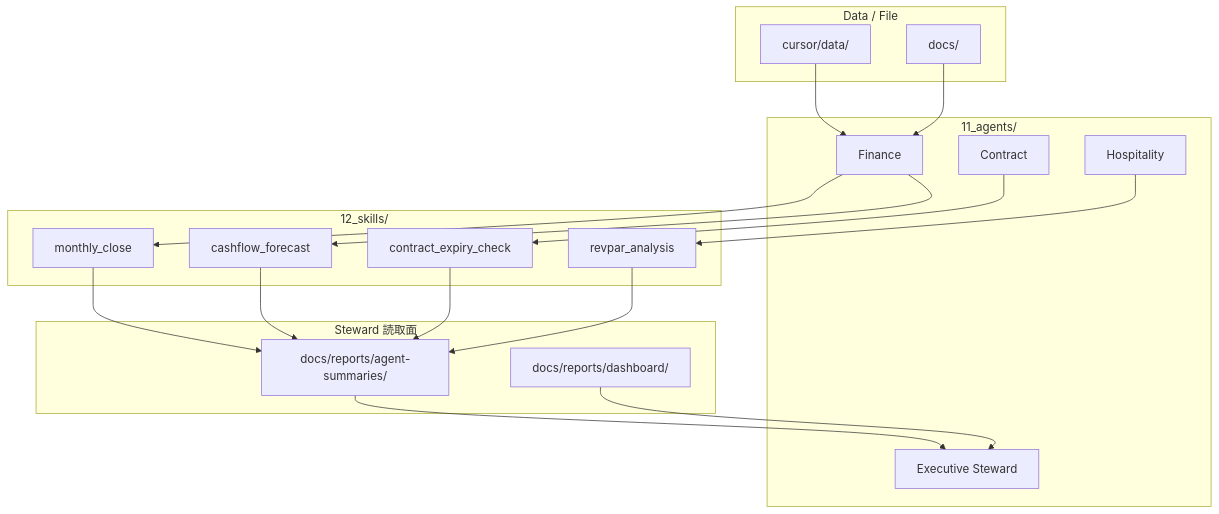
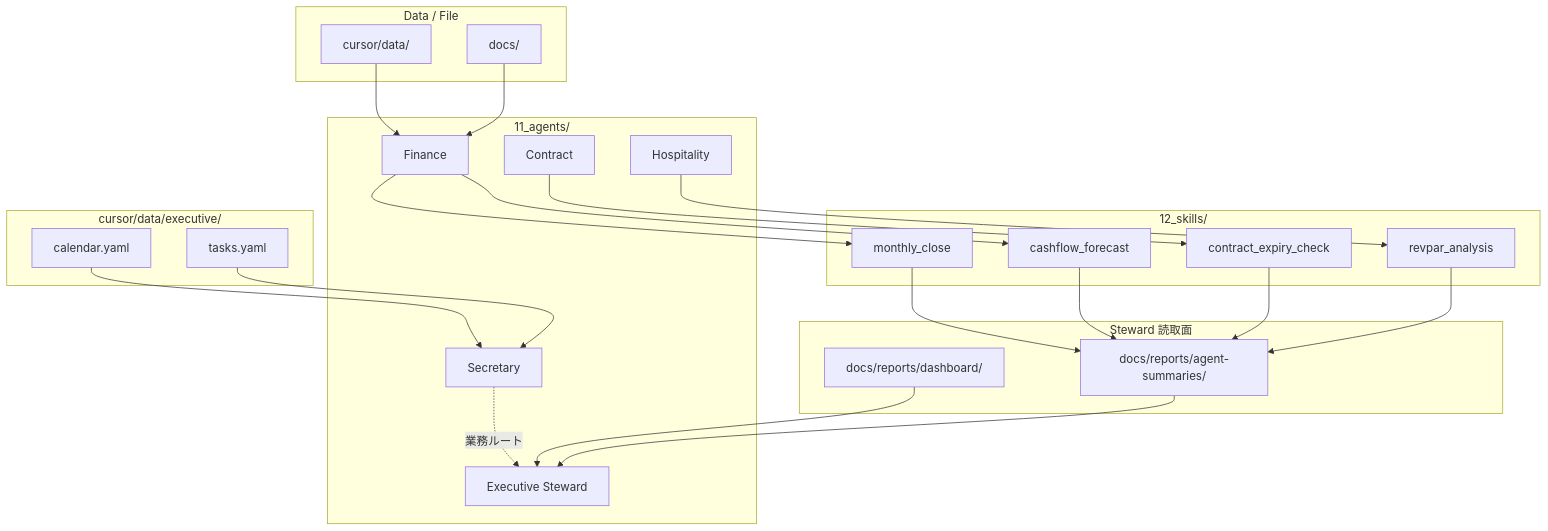
Before and after one commit to taketani-masatoshi/OpenOrgOS: the diagram in 13_rules/agent_skill_architecture.md, drawn with Mermaid. The commit also changed other lines of this file and 51 other files, not shown here.

````diff
--- a/13_rules/agent_skill_architecture.md
+++ b/13_rules/agent_skill_architecture.md
@@ -9,39 +9,48 @@
 ```mermaid
 flowchart TB
   subgraph Data["Data / File"]
     YAML[cursor/data/]
     DOCS[docs/]
   end
 
   subgraph Skills["12_skills/"]
     S1[monthly_close]
     S2[cashflow_forecast]
     S3[contract_expiry_check]
     S4[revpar_analysis]
   end
 
   subgraph Agents["11_agents/"]
     FIN[Finance]
     CON[Contract]
     HOS[Hospitality]
     EXE[Executive Steward]
+    SEC[Secretary]
+  end
+
+  subgraph ExecutiveData["cursor/data/executive/"]
+    CAL[calendar.yaml]
+    TASK[tasks.yaml]
   end
 
   subgraph StewardRead["Steward 読取面"]
     DASH[docs/reports/dashboard/]
     SUM[docs/reports/agent-summaries/]
   end
 
   YAML --> FIN
   DOCS --> FIN
   FIN --> S1
   FIN --> S2
   S1 --> SUM
   S2 --> SUM
   CON --> S3
   S3 --> SUM
   HOS --> S4
   S4 --> SUM
   SUM --> EXE
   DASH --> EXE
+  CAL --> SEC
+  TASK --> SEC
+  SEC -.->|業務ルート| EXE
 ```
````
